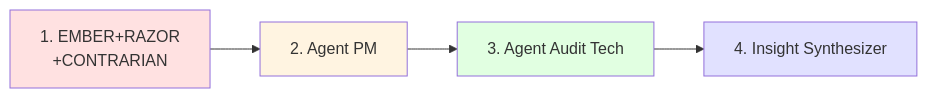
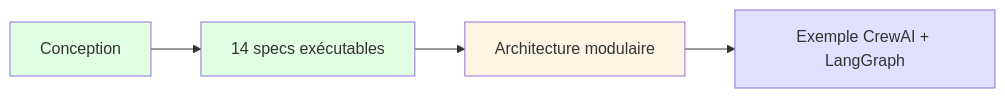
One commit to VincentG32/solo-builder-ai changed the fifth of 5 diagrams in README.md. Above: the diagram before and after it, drawn with Mermaid. The commit also changed other lines of this file and 6 other files, not shown here.

````diff
--- a/README.md
+++ b/README.md
@@ -372,11 +385,11 @@
 ```mermaid
 flowchart LR
-    A[1. EMBER+RAZOR<br/>+CONTRARIAN] --> B[2. Agent PM]
-    B --> C[3. Agent Audit Tech]
-    C --> D[4. Insight Synthesizer]
+    A[Conception] --> B[14 specs exécutables]
+    B --> C[Architecture modulaire]
+    C --> D[Exemple CrewAI + LangGraph]
 
-    style A fill:#ffe1e1
-    style B fill:#fff4e1
-    style C fill:#e1ffe1
+    style A fill:#e1ffe1
+    style B fill:#e1ffe1
+    style C fill:#fff4e1
     style D fill:#e1e1ff
 ```
````
